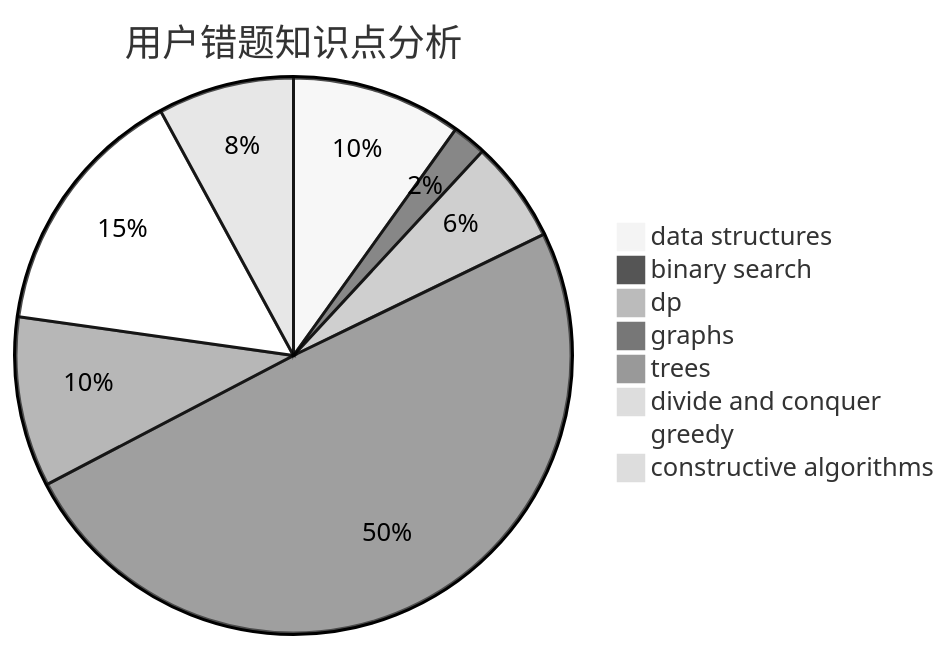
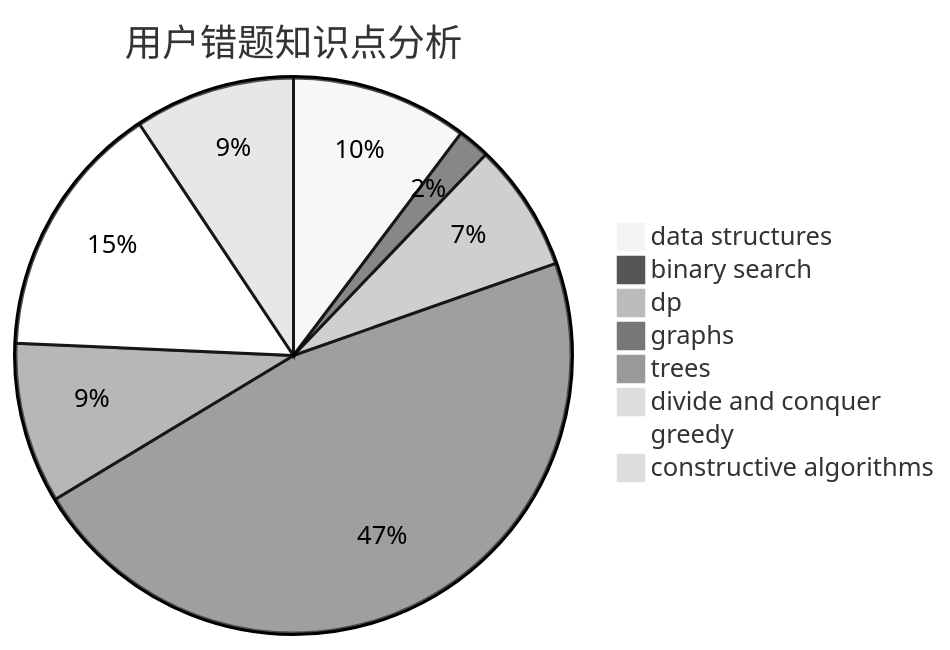
The third of 3 diagrams in docs/user/u282.md (sherpahu/cfrs.github.io), drawn with Mermaid (neutral theme) before and after one commit. The commit also changed other lines of this file and 2770 other files, not shown here.

````diff
--- a/docs/user/u282.md
+++ b/docs/user/u282.md
@@ -36,11 +36,11 @@
 ```mermaid
 pie title 用户错题知识点分析
-    "data structures" :  10
+    "data structures" :  11
     "binary search" :  2
-    "dp" :  6
+    "dp" :  8
     "graphs" :  50
     "trees" :  10
     "divide and conquer" :  0
-    "greedy" :  15
-    "constructive algorithms" :  8
+    "greedy" :  16
+    "constructive algorithms" :  10
 ```
````
